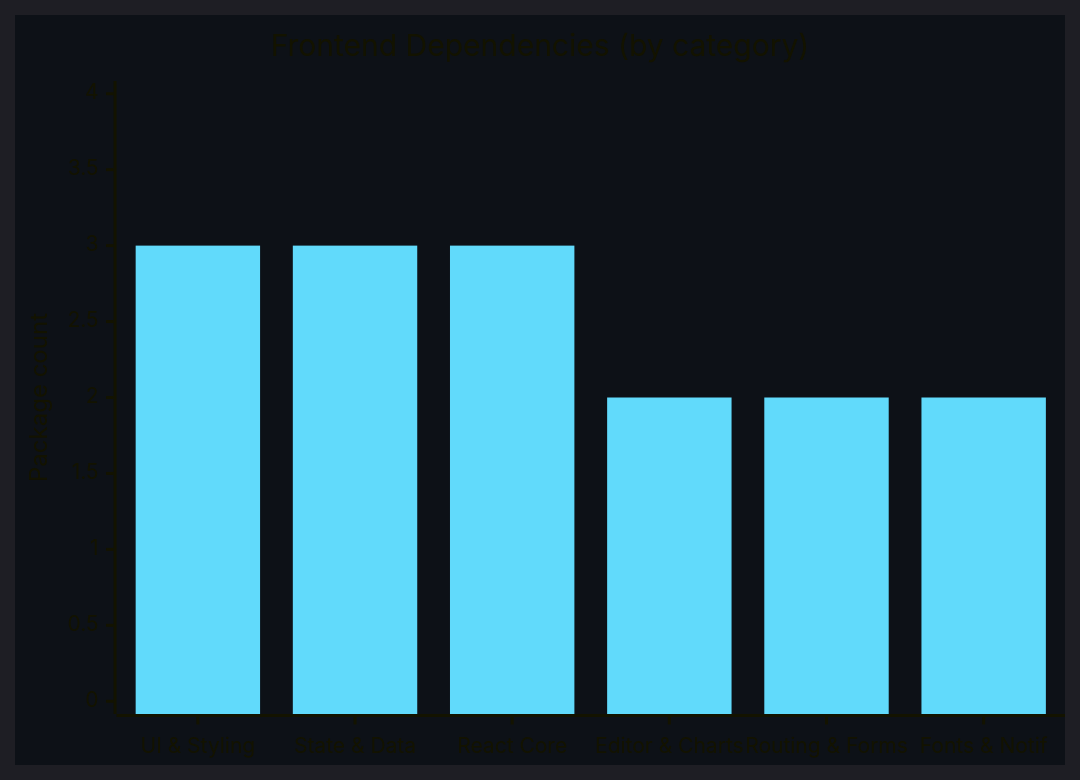
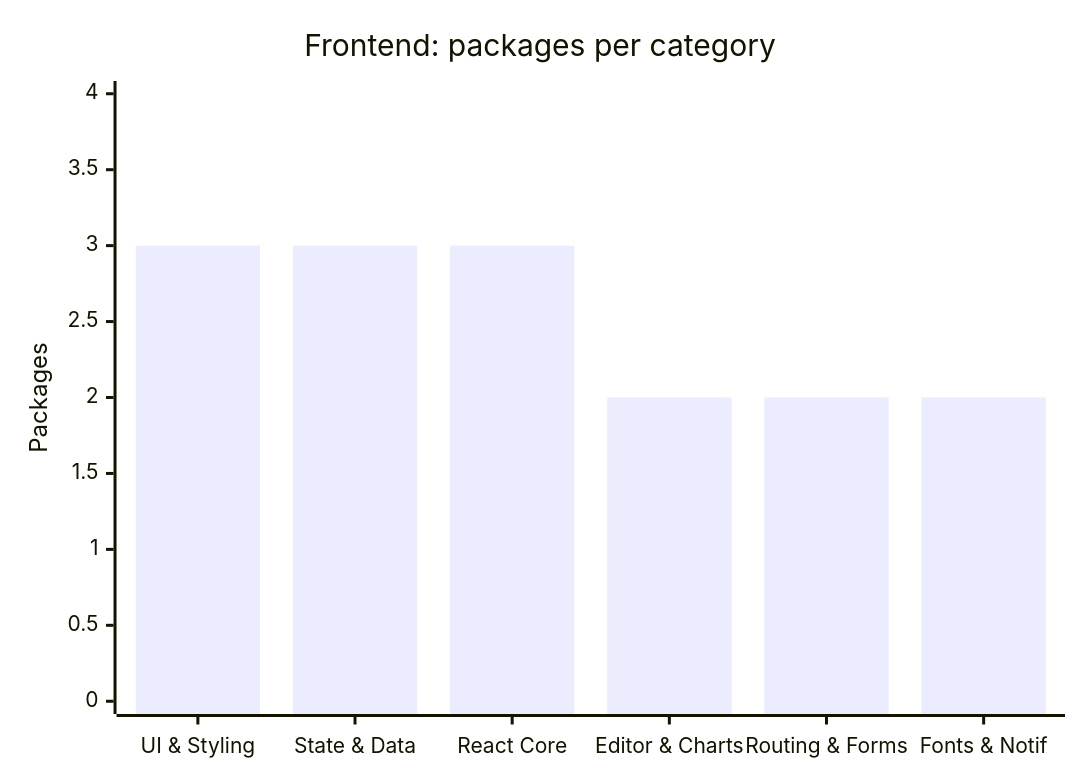
One commit to boxbiswas/AI_CODE_REVIEW_ASSISTANT changed the sixth of 6 diagrams in README.md. Above: the diagram before and after it, drawn with Mermaid. The commit also changed other lines of this file, not shown here.

Commit message:
fix: restore chart labels and add icon badges to tech stack table

````diff
--- a/README.md
+++ b/README.md
@@ -237,8 +240,7 @@
 ```mermaid
-%%{init: {'theme': 'dark', 'themeVariables': {'xyChart': {'backgroundColor': '#0d1117', 'plotColorPalette': '#61DAFB,#38bdf8,#34d399,#a3e635,#fb923c,#c084fc'}}}}%%
 xychart-beta
-    title "Frontend Dependencies (by category)"
+    title "Frontend: packages per category"
     x-axis ["UI & Styling", "State & Data", "React Core", "Editor & Charts", "Routing & Forms", "Fonts & Notif"]
-    y-axis "Package count" 0 --> 4
+    y-axis "Packages" 0 --> 4
     bar [3, 3, 3, 2, 2, 2]
 ```
````
